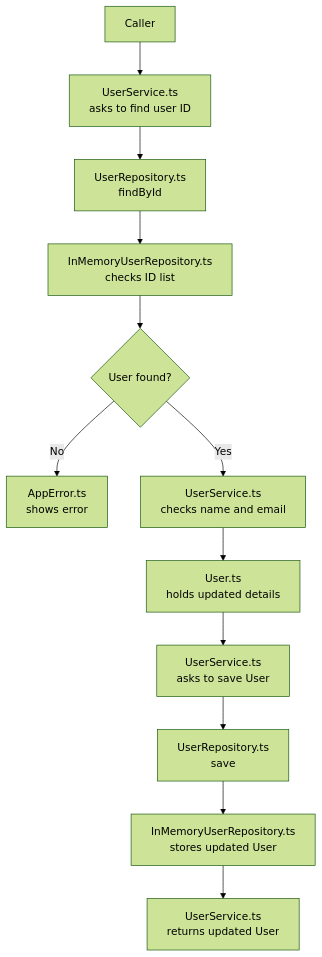
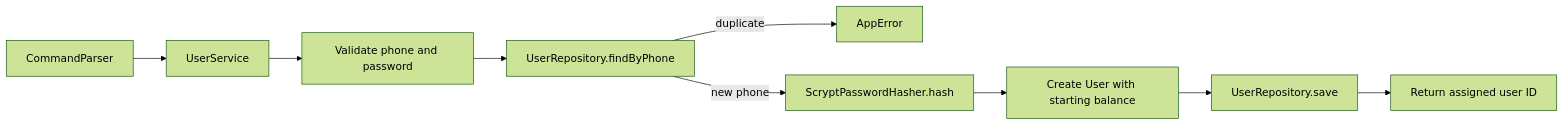
The second of 5 diagrams in 07_Payment-App-LLD/payments-cli/STEP-1-USERS-FLOW.md (VarunMendre/System-Design-fundamentals), drawn with Mermaid (forest theme) before and after one commit. The commit also changed other lines of this file and 7 other files, not shown here.

First line of the commit message:
feat(payments-cli): complete payment flows and add coverage

````diff
--- a/07_Payment-App-LLD/payments-cli/STEP-1-USERS-FLOW.md
+++ b/07_Payment-App-LLD/payments-cli/STEP-1-USERS-FLOW.md
@@ -54,19 +50,11 @@
 ```mermaid
-flowchart TB
-    A[Caller]
-    B[UserService.ts<br/>asks to find user ID]
-    C[UserRepository.ts<br/>findById]
-    D[InMemoryUserRepository.ts<br/>checks ID list]
-    E{User found?}
-    X[AppError.ts<br/>shows error]
-    F[UserService.ts<br/>checks name and email]
-    G[User.ts<br/>holds updated details]
-    H[UserService.ts<br/>asks to save User]
-    I[UserRepository.ts<br/>save]
-    J[InMemoryUserRepository.ts<br/>stores updated User]
-    K[UserService.ts<br/>returns updated User]
-
-    A --> B --> C --> D --> E
-    E -->|No| X
-    E -->|Yes| F --> G --> H --> I --> J --> K
+flowchart LR
+    CLI[CommandParser] --> Service[UserService]
+    Service --> Validate[Validate phone and password]
+    Validate --> Find[UserRepository.findByPhone]
+    Find -->|duplicate| Error[AppError]
+    Find -->|new phone| Hash[ScryptPasswordHasher.hash]
+    Hash --> Build[Create User with starting balance]
+    Build --> Save[UserRepository.save]
+    Save --> Result[Return assigned user ID]
 ```
````
